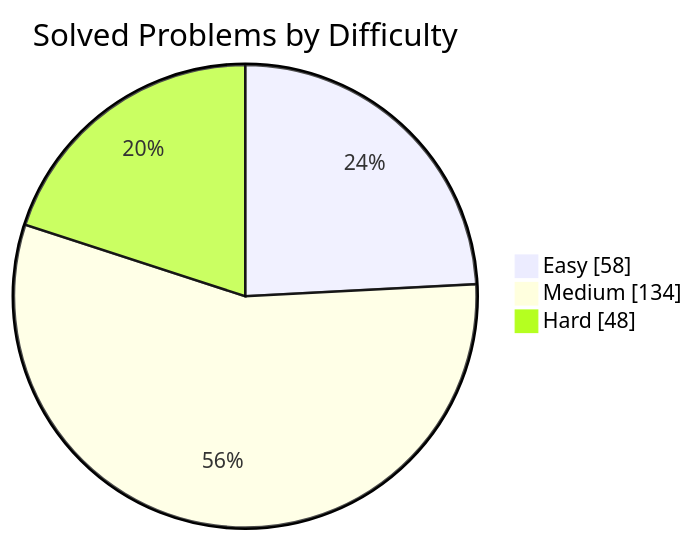
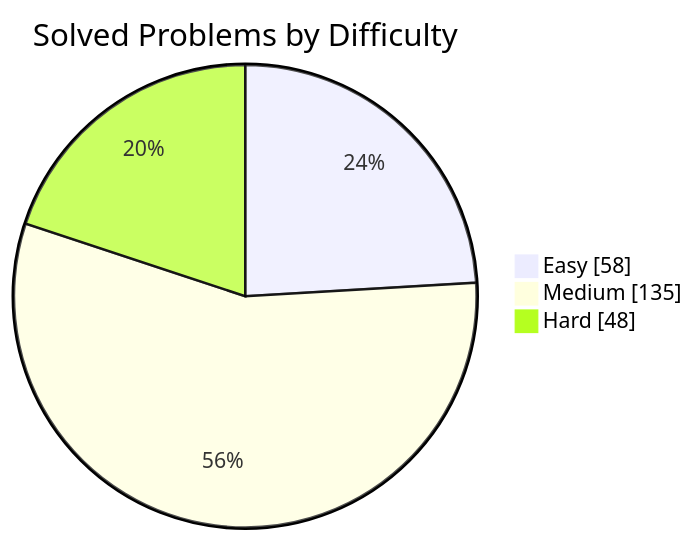
The first of 2 diagrams in README.md (manikantbindass/DSA-Preparation-FAANG), drawn with Mermaid before and after one commit. The commit also changed other lines of this file and 1 other file, not shown here.

````diff
--- a/README.md
+++ b/README.md
@@ -40,7 +40,7 @@
 ```mermaid
 pie showData
     title Solved Problems by Difficulty
     "Easy" : 58
-    "Medium" : 134
+    "Medium" : 135
     "Hard" : 48
 ```
````
